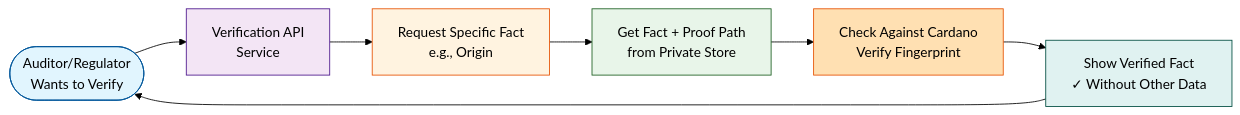
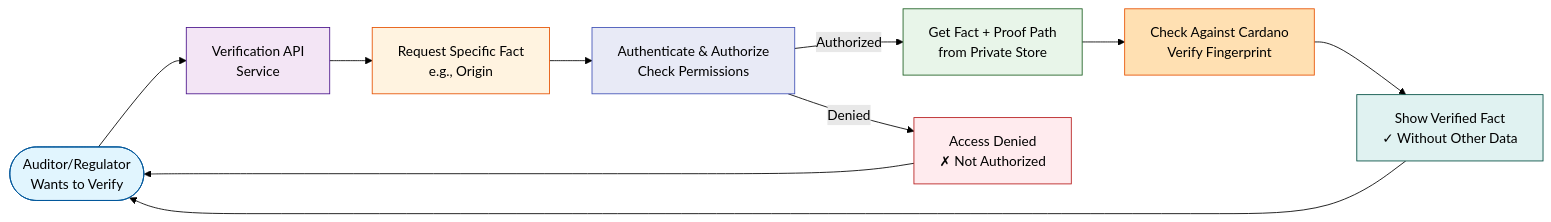
Before and after one commit to satran004/cardano-dpp-blueprint: the fifth of 9 diagrams in DPP-Blueprint-Cardano-v0.1.md, drawn with Mermaid (forest theme). The commit also changed other lines of this file, not shown here.

````diff
--- a/DPP-Blueprint-Cardano-v0.1.md
+++ b/DPP-Blueprint-Cardano-v0.1.md
@@ -334,16 +371,21 @@
 ```mermaid
 flowchart LR
     Auditor([Auditor/Regulator<br/>Wants to Verify]) --> API[Verification API<br/>Service]
     API --> Request[Request Specific Fact<br/>e.g., Origin]
-    Request --> Fetch[Get Fact + Proof Path<br/>from Private Store]
+    Request --> Auth[Authenticate & Authorize<br/>Check Permissions]
+    Auth -->|Authorized| Fetch[Get Fact + Proof Path<br/>from Private Store]
+    Auth -->|Denied| Denied[Access Denied<br/>✗ Not Authorized]
     Fetch --> Check[Check Against Cardano<br/>Verify Fingerprint]
     Check --> Result[Show Verified Fact<br/>✓ Without Other Data]
     Result --> Auditor
+    Denied --> Auditor
 
     style Auditor fill:#E1F5FE,stroke:#01579B
     style API fill:#F3E5F5,stroke:#4A148C
     style Request fill:#FFF3E0,stroke:#E65100
+    style Auth fill:#E8EAF6,stroke:#3F51B5
     style Fetch fill:#E8F5E9,stroke:#1B5E20
     style Check fill:#FFE0B2,stroke:#E65100
     style Result fill:#E0F2F1,stroke:#004D40
+    style Denied fill:#FFEBEE,stroke:#B71C1C
 ```
````
